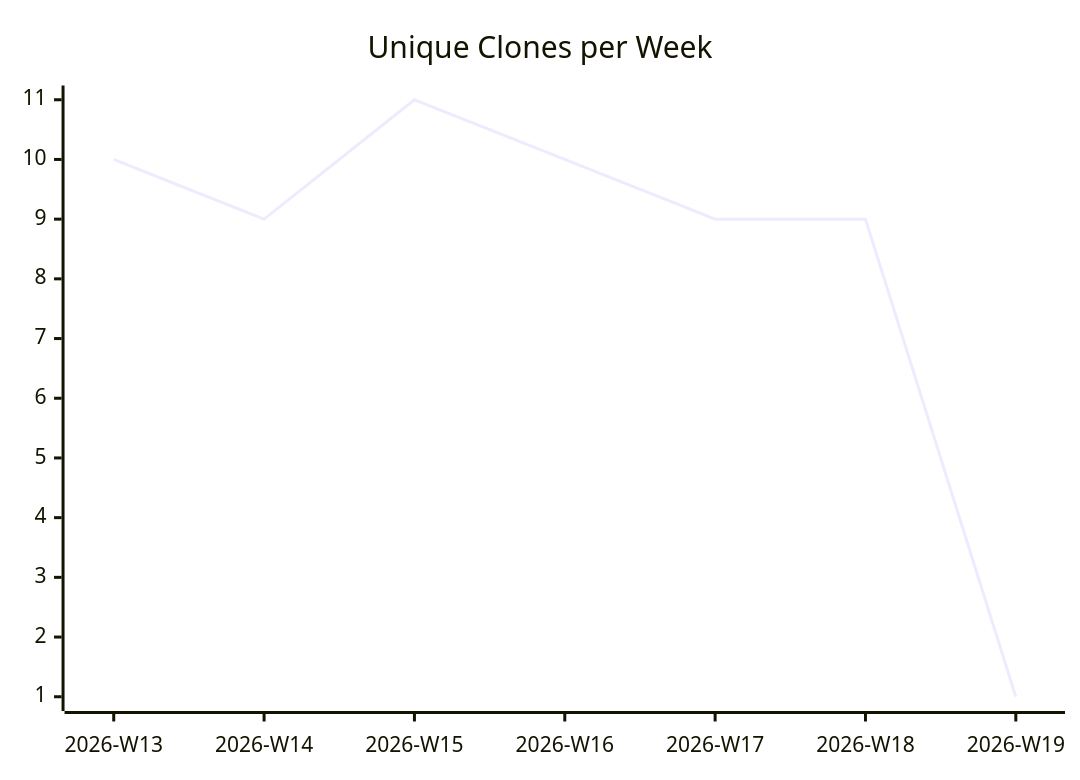
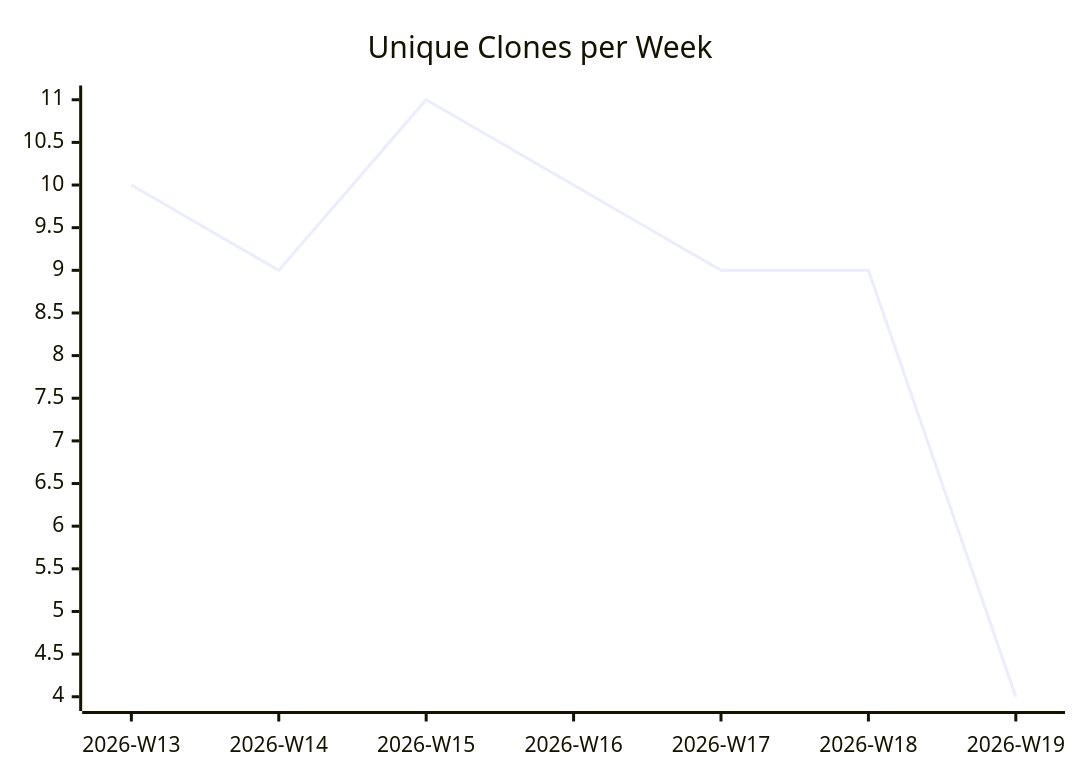
Before and after one commit to justdavis-family/github-analytics-data: the third of 3 diagrams in karlmdavis/usgs-water-api-java/README.md, drawn with Mermaid. The commit also changed other lines of this file and 187 other files, not shown here.

````diff
--- a/karlmdavis/usgs-water-api-java/README.md
+++ b/karlmdavis/usgs-water-api-java/README.md
@@ -19,6 +19,6 @@
 ```mermaid
 xychart-beta
   title "Unique Clones per Week"
   x-axis ["2026-W13", "2026-W14", "2026-W15", "2026-W16", "2026-W17", "2026-W18", "2026-W19"]
-  line [10, 9, 11, 10, 9, 9, 1]
+  line [10, 9, 11, 10, 9, 9, 4]
 ```
````
